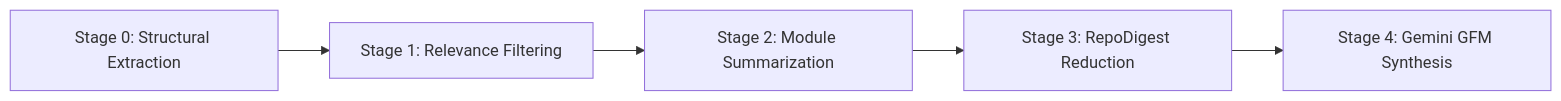
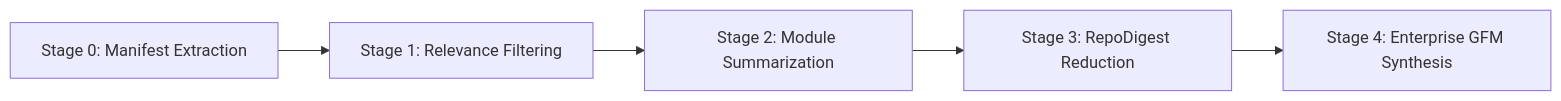
Before and after one commit to Bavly-Hamdy/ReadmeForge: the second of 2 diagrams in README.md, drawn with Mermaid. The commit also changed other lines of this file, not shown here.

Commit message:
docs: rewrite README.md with comprehensive enterprise architecture, progress UX, multi-ecosystem parsing, license engine, and GitHub v1.0.0 auto-release docs

````diff
--- a/README.md
+++ b/README.md
@@ -78,7 +124,7 @@
 ```mermaid
 flowchart LR
-    S0["Stage 0: Structural Extraction"] --> S1["Stage 1: Relevance Filtering"]
+    S0["Stage 0: Manifest Extraction"] --> S1["Stage 1: Relevance Filtering"]
     S1 --> S2["Stage 2: Module Summarization"]
     S2 --> S3["Stage 3: RepoDigest Reduction"]
-    S3 --> S4["Stage 4: Gemini GFM Synthesis"]
+    S3 --> S4["Stage 4: Enterprise GFM Synthesis"]
 ```
````
